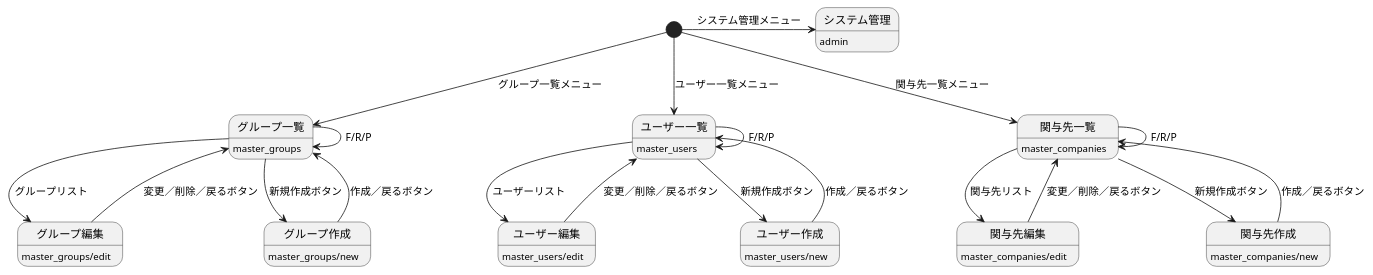
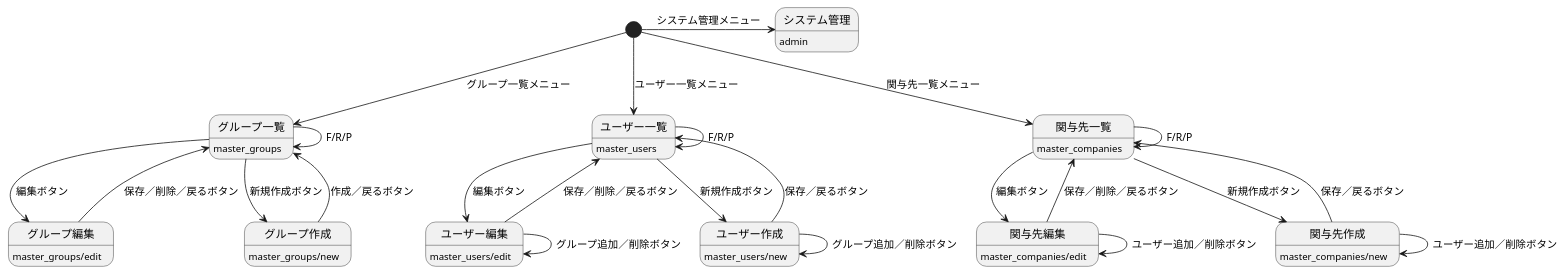
The diagram in docs/settings.pu (cedge1michi/tass_mock-frontend), drawn with PlantUML before and after one commit. The commit also changed 27 other files, not shown here.

```diff
--- a/docs/settings.pu
+++ b/docs/settings.pu
@@ -1,47 +1,51 @@
 @startuml 設定
 [*] --> グループ一覧: グループ一覧メニュー
 
-グループ一覧 --> グループ編集: グループリスト
-グループ編集 --> グループ一覧: 変更／削除／戻るボタン
+グループ一覧 --> グループ編集: 編集ボタン
+グループ編集 --> グループ一覧: 保存／削除／戻るボタン
 
 グループ一覧 --> グループ作成: 新規作成ボタン
 グループ作成 --> グループ一覧: 作成／戻るボタン
 
 グループ一覧 --> グループ一覧: F/R/P
 
 グループ一覧: master_groups
 グループ作成: master_groups/new
 グループ編集: master_groups/edit
 
 [*] --> ユーザー一覧: ユーザー一覧メニュー
 
-ユーザー一覧 --> ユーザー編集: ユーザーリスト
-ユーザー編集 --> ユーザー一覧: 変更／削除／戻るボタン
+ユーザー一覧 --> ユーザー編集: 編集ボタン
+ユーザー編集 --> ユーザー一覧: 保存／削除／戻るボタン
 
 ユーザー一覧 --> ユーザー作成: 新規作成ボタン
-ユーザー作成 --> ユーザー一覧: 作成／戻るボタン
+ユーザー作成 --> ユーザー一覧: 保存／戻るボタン
 
 ユーザー一覧 --> ユーザー一覧: F/R/P
+ユーザー編集 --> ユーザー編集: グループ追加／削除ボタン
+ユーザー作成 --> ユーザー作成: グループ追加／削除ボタン
 
 ユーザー一覧: master_users
 ユーザー作成: master_users/new
 ユーザー編集: master_users/edit
 
 [*] --> 関与先一覧: 関与先一覧メニュー
 
-関与先一覧 --> 関与先編集: 関与先リスト
-関与先編集 --> 関与先一覧: 変更／削除／戻るボタン
+関与先一覧 --> 関与先編集: 編集ボタン
+関与先編集 --> 関与先一覧: 保存／削除／戻るボタン
 
 関与先一覧 --> 関与先作成: 新規作成ボタン
-関与先作成 --> 関与先一覧: 作成／戻るボタン
+関与先作成 --> 関与先一覧: 保存／戻るボタン
 
 関与先一覧 --> 関与先一覧: F/R/P
+関与先編集 --> 関与先編集: ユーザー追加／削除ボタン
+関与先作成 --> 関与先作成: ユーザー追加／削除ボタン
 
 関与先一覧: master_companies
 関与先作成: master_companies/new
 関与先編集: master_companies/edit
 
 [*] -> システム管理: システム管理メニュー
 
 システム管理: admin
 @enduml
```
